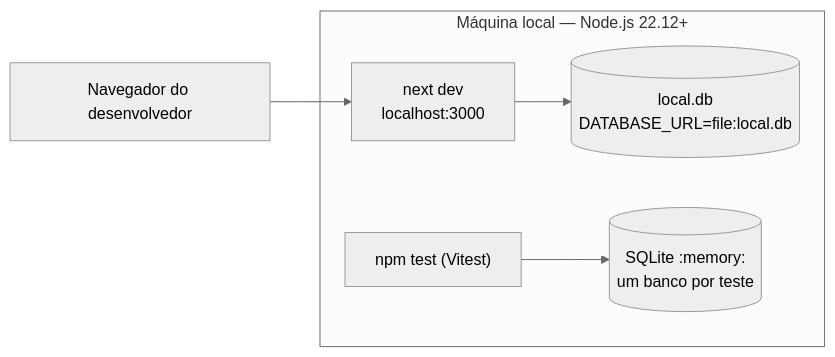
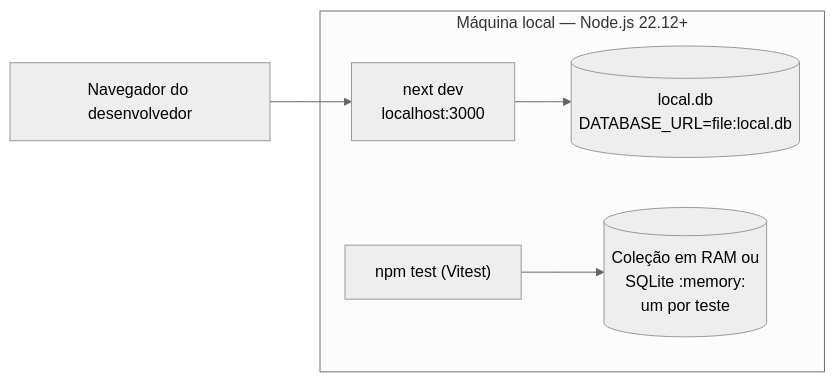
One commit to beatrizmontenegro07/projeto-metodos changed the fourth of 4 diagrams in docs/07-arquitetura/README.md. Above: the diagram before and after it, drawn with Mermaid (neutral theme). The commit also changed other lines of this file and 21 other files, not shown here.

````diff
--- a/docs/07-arquitetura/README.md
+++ b/docs/07-arquitetura/README.md
@@ -100,13 +102,13 @@
 ```mermaid
 flowchart LR
     dev["Navegador do desenvolvedor"]
     subgraph maquina["Máquina local — Node.js 22.12+"]
         next["next dev<br/>localhost:3000"]
         arquivo[("local.db<br/>DATABASE_URL=file:local.db")]
         vitest["npm test (Vitest)"]
-        memoria[("SQLite :memory:<br/>um banco por teste")]
+        memoria[("Coleção em RAM ou<br/>SQLite :memory:<br/>um por teste")]
     end
 
     dev --> next --> arquivo
     vitest --> memoria
 ```
````
